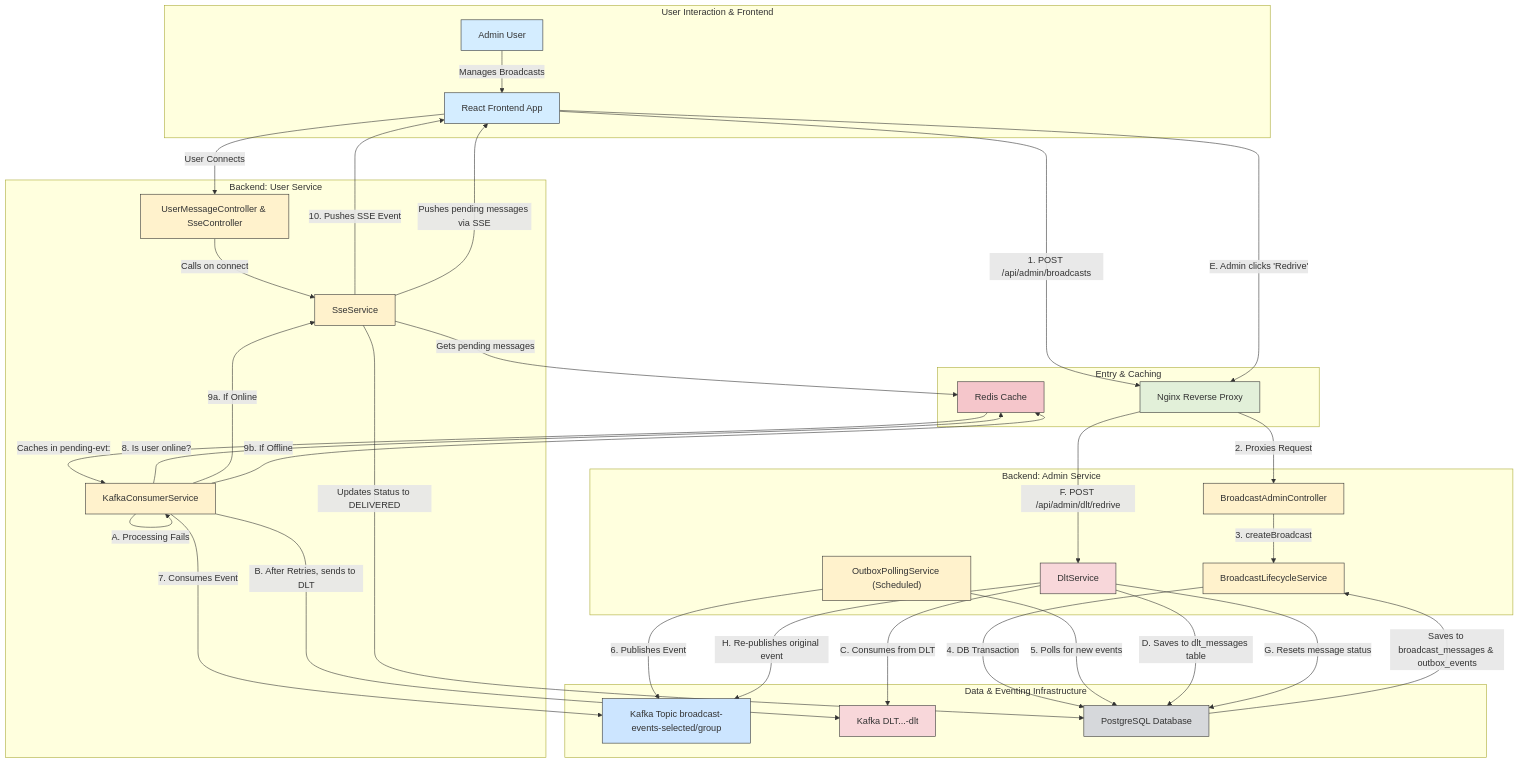
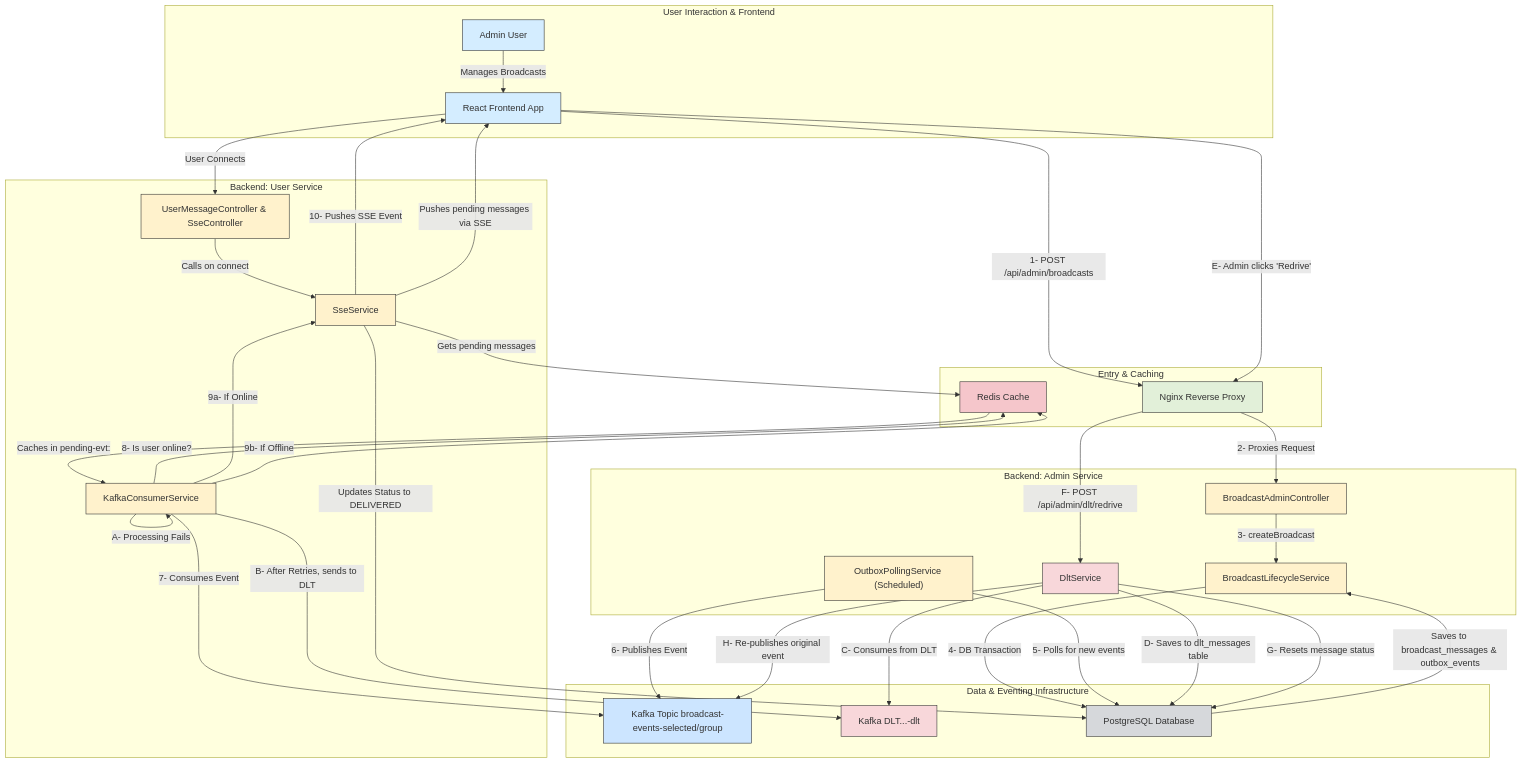
The diagram in MermaidDiagrams/graph-overallflow.mmd (rsrini7/Notification-SSE-GLM-Flux), drawn with Mermaid before and after one commit. The commit also changed 8 other files, not shown here.

Commit message:
updated mermaid diagram

```diff
--- a/MermaidDiagrams/graph-overallflow.mmd
+++ b/MermaidDiagrams/graph-overallflow.mmd
@@ -1,79 +1,79 @@
 graph TD
     subgraph "User Interaction & Frontend"
         AdminUser[Admin User]
         UI[React Frontend App]
         AdminUser -- Manages Broadcasts --> UI
     end
 
     subgraph "Entry & Caching"
         Nginx[Nginx Reverse Proxy]
         Redis[Redis Cache]
     end
 
     subgraph "Backend: Admin Service"
         AdminController[BroadcastAdminController]
         LifecycleService[BroadcastLifecycleService]
         DltService[DltService]
         OutboxPoller["OutboxPollingService (Scheduled)"]
     end
 
     subgraph "Backend: User Service"
         UserController[UserMessageController & SseController]
         KafkaConsumer[KafkaConsumerService]
         SseService[SseService]
     end
 
     subgraph "Data & Eventing Infrastructure"
         KafkaTopic[Kafka Topic broadcast-events-selected/group]
         KafkaDLT[Kafka DLT...-dlt]
         Postgres[PostgreSQL Database]
     end
 
     %% Styles
     style AdminUser fill:#d4edff,stroke:#333
     style UI fill:#d4edff,stroke:#333
     style Nginx fill:#e2f0d9,stroke:#333
     style AdminController fill:#fff2cc,stroke:#333
     style LifecycleService fill:#fff2cc,stroke:#333
     style DltService fill:#f8d7da,stroke:#333
     style OutboxPoller fill:#fff2cc,stroke:#333
     style UserController fill:#fff2cc,stroke:#333
     style KafkaConsumer fill:#fff2cc,stroke:#333
     style SseService fill:#fff2cc,stroke:#333
     style Postgres fill:#d6d8db,stroke:#333
     style Redis fill:#f5c6cb,stroke:#333
     style KafkaTopic fill:#cce5ff,stroke:#333
     style KafkaDLT fill:#f8d7da,stroke:#333
 
 
     %% Happy Path: Broadcast Creation and Delivery
-    UI -- 1. POST /api/admin/broadcasts --> Nginx
-    Nginx -- 2. Proxies Request --> AdminController
-    AdminController -- 3. createBroadcast --> LifecycleService
-    LifecycleService -- "4. DB Transaction" --> Postgres
+    UI -- 1- POST /api/admin/broadcasts --> Nginx
+    Nginx -- 2- Proxies Request --> AdminController
+    AdminController -- 3- createBroadcast --> LifecycleService
+    LifecycleService -- "4- DB Transaction" --> Postgres
     Postgres -- "Saves to broadcast_messages & outbox_events" --> LifecycleService
-    OutboxPoller -- 5. Polls for new events --> Postgres
-    OutboxPoller -- 6. Publishes Event --> KafkaTopic
-    KafkaConsumer -- 7. Consumes Event --> KafkaTopic
-    KafkaConsumer -- 8. Is user online? --> Redis
-    KafkaConsumer -- 9a. If Online --> SseService
-    SseService -- "10. Pushes SSE Event" --> UI
+    OutboxPoller -- 5- Polls for new events --> Postgres
+    OutboxPoller -- 6- Publishes Event --> KafkaTopic
+    KafkaConsumer -- 7- Consumes Event --> KafkaTopic
+    KafkaConsumer -- 8- Is user online? --> Redis
+    KafkaConsumer -- 9a- If Online --> SseService
+    SseService -- "10- Pushes SSE Event" --> UI
     SseService -- "Updates Status to DELIVERED" --> Postgres
-    KafkaConsumer -- 9b. If Offline --> Redis
+    KafkaConsumer -- 9b- If Offline --> Redis
     Redis -- "Caches in pending-evt:<userId>" --> KafkaConsumer
     
     %% User Reconnection Path
     UI -- "User Connects" --> UserController
     UserController -- "Calls on connect" --> SseService
     SseService -- "Gets pending messages" --> Redis
     SseService -- "Pushes pending messages via SSE" --> UI
 
     %% DLT Path: Failure and Redrive
-    KafkaConsumer -- "A. Processing Fails" --> KafkaConsumer
-    KafkaConsumer -- "B. After Retries, sends to DLT" --> KafkaDLT
-    DltService -- "C. Consumes from DLT" --> KafkaDLT
-    DltService -- "D. Saves to dlt_messages table" --> Postgres
-    UI -- "E. Admin clicks 'Redrive'" --> Nginx
-    Nginx -- "F. POST /api/admin/dlt/redrive" --> DltService
-    DltService -- "G. Resets message status" --> Postgres
-    DltService -- "H. Re-publishes original event" --> KafkaTopic
+    KafkaConsumer -- "A- Processing Fails" --> KafkaConsumer
+    KafkaConsumer -- "B- After Retries, sends to DLT" --> KafkaDLT
+    DltService -- "C- Consumes from DLT" --> KafkaDLT
+    DltService -- "D- Saves to dlt_messages table" --> Postgres
+    UI -- "E- Admin clicks 'Redrive'" --> Nginx
+    Nginx -- "F- POST /api/admin/dlt/redrive" --> DltService
+    DltService -- "G- Resets message status" --> Postgres
+    DltService -- "H- Re-publishes original event" --> KafkaTopic
```
